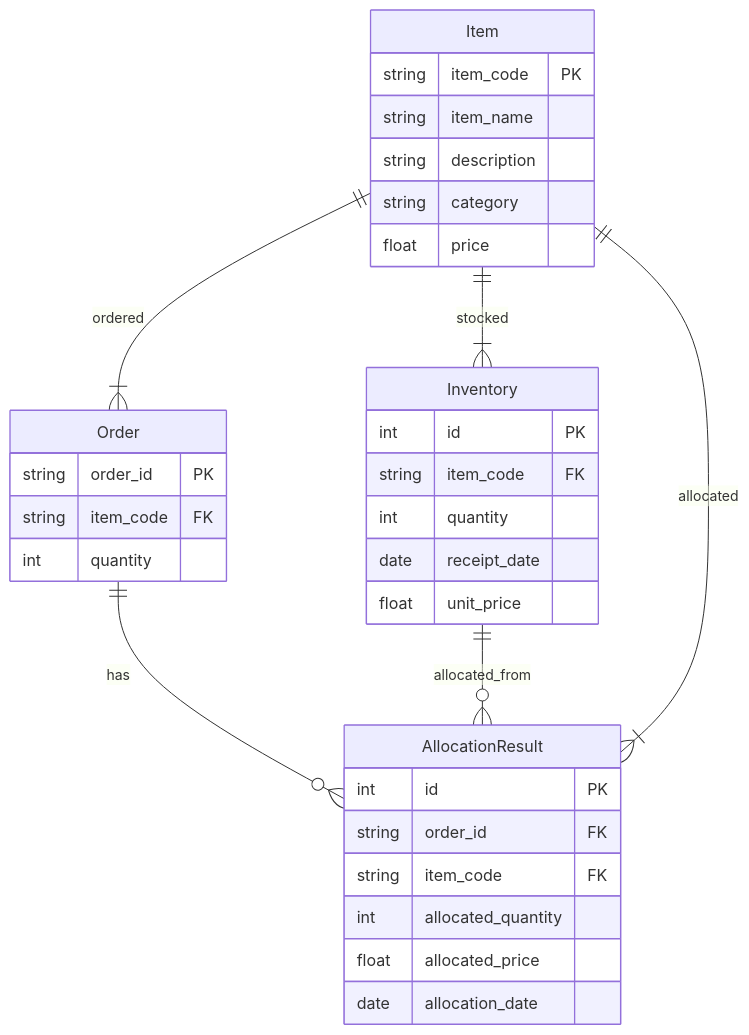
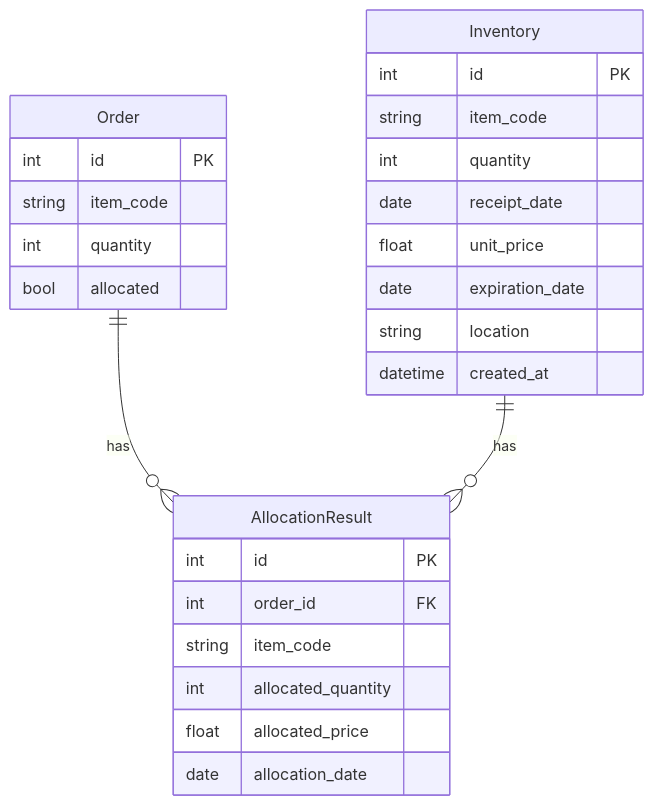
Before and after one commit to Rayoo-Nakano/InventoryAllocation: the third of 6 diagrams in 在庫引当 - 詳細設計書.md, drawn with Mermaid. The commit also changed other lines of this file and 1 other file, not shown here.

````diff
--- a/在庫引当 - 詳細設計書.md
+++ b/在庫引当 - 詳細設計書.md
@@ -84,39 +83,32 @@
 ```mermaid
-        erDiagram
-            Order {
-                string order_id PK
-                string item_code FK
-                int quantity
-            }
-
-            Inventory {
-                int id PK
-                string item_code FK
-                int quantity
-                date receipt_date
-                float unit_price
-            }
-
-            AllocationResult {
-                int id PK
-                string order_id FK
-                string item_code FK
-                int allocated_quantity
-                float allocated_price
-                date allocation_date
-            }
-
-            Item {
-                string item_code PK
-                string item_name
-                string description
-                string category
-                float price
-            }
-
-            Order ||--o{ AllocationResult : has
-            Inventory ||--o{ AllocationResult : allocated_from
-            Item ||--|{ Order : ordered
-            Item ||--|{ Inventory : stocked
-            Item ||--|{ AllocationResult : allocated
+erDiagram
+    Order ||--o{ AllocationResult : has
+    Inventory ||--o{ AllocationResult : has
+    
+    Order {
+        int id PK
+        string item_code
+        int quantity
+        bool allocated
+    }
+    
+    Inventory {
+        int id PK
+        string item_code
+        int quantity
+        date receipt_date
+        float unit_price
+        date expiration_date
+        string location
+        datetime created_at
+    }
+    
+    AllocationResult {
+        int id PK
+        int order_id FK
+        string item_code
+        int allocated_quantity
+        float allocated_price
+        date allocation_date
+    }
 ```
````
